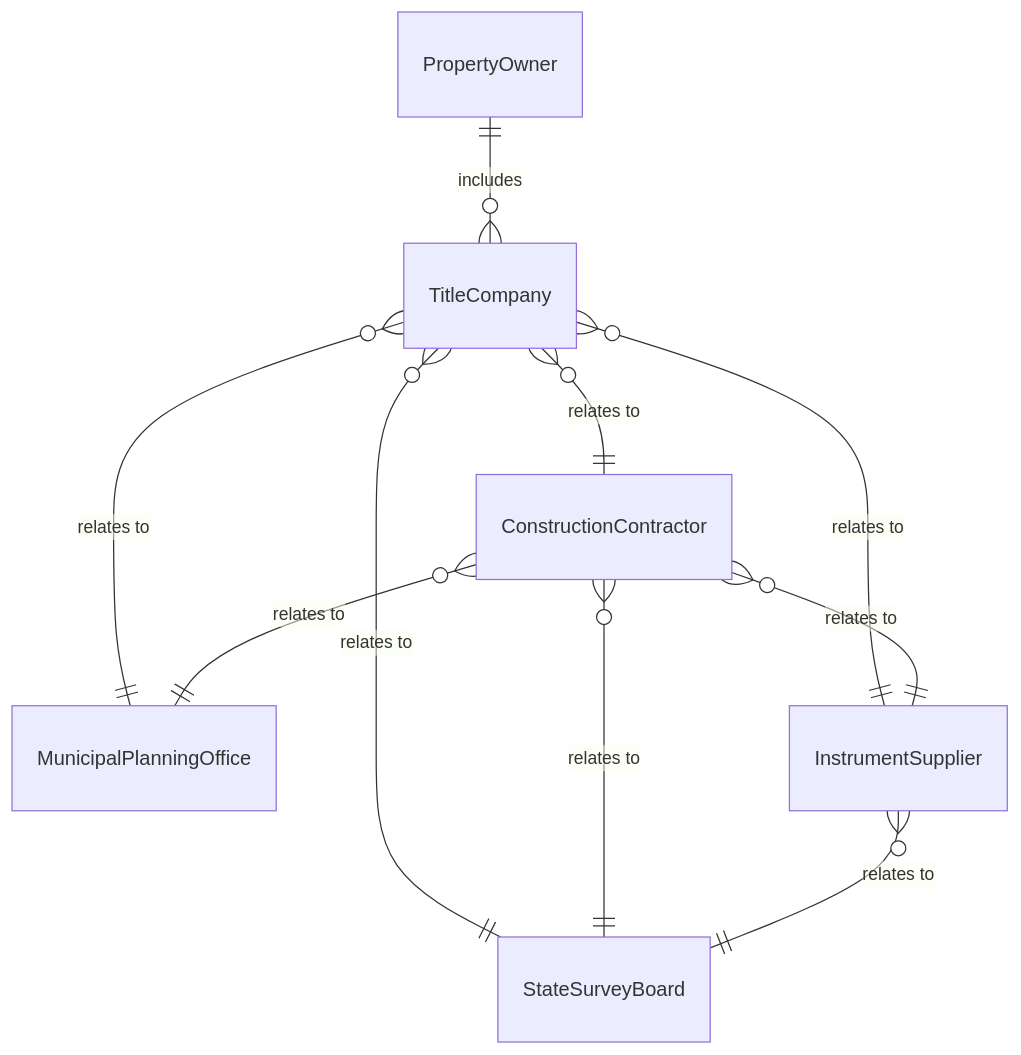
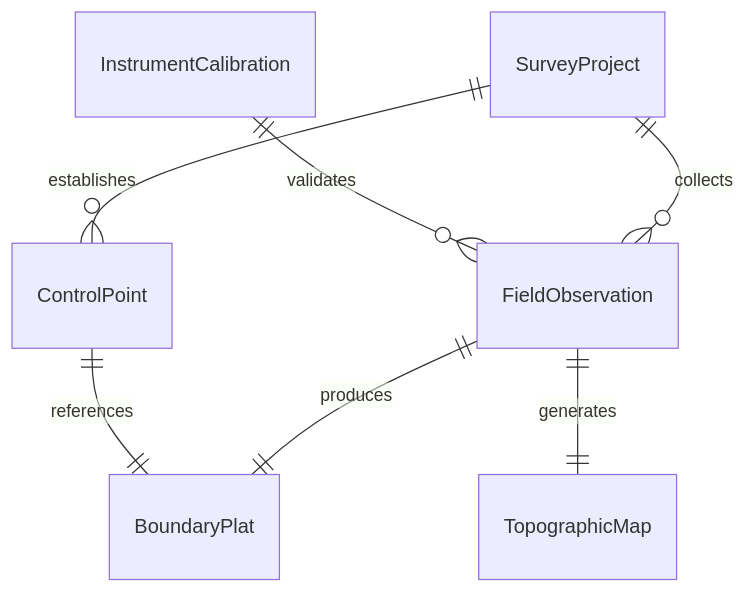
Before and after one commit to dot-org-ai/tasks.org.ai: the first of 4 diagrams in GuidingDirectingAndMotivatingSubordinates/DirectScientificOrTechnicalActivities/DirectSurveyingActivities.mdx, drawn with Mermaid. The commit also changed other lines of this file and 515 other files, not shown here.

````diff
--- a/GuidingDirectingAndMotivatingSubordinates/DirectScientificOrTechnicalActivities/DirectSurveyingActivities.mdx
+++ b/GuidingDirectingAndMotivatingSubordinates/DirectScientificOrTechnicalActivities/DirectSurveyingActivities.mdx
@@ -89,12 +89,9 @@
 ```mermaid
 erDiagram
-    PropertyOwner ||--o{ TitleCompany : includes
-    TitleCompany }o--|| ConstructionContractor : "relates to"
-    TitleCompany }o--|| MunicipalPlanningOffice : "relates to"
-    TitleCompany }o--|| InstrumentSupplier : "relates to"
-    TitleCompany }o--|| StateSurveyBoard : "relates to"
-    ConstructionContractor }o--|| MunicipalPlanningOffice : "relates to"
-    ConstructionContractor }o--|| InstrumentSupplier : "relates to"
-    ConstructionContractor }o--|| StateSurveyBoard : "relates to"
-    InstrumentSupplier }o--|| StateSurveyBoard : "relates to"
+    SurveyProject ||--o{ FieldObservation : "collects"
+    SurveyProject ||--o{ ControlPoint : "establishes"
+    FieldObservation ||--|| BoundaryPlat : "produces"
+    FieldObservation ||--|| TopographicMap : "generates"
+    InstrumentCalibration ||--o{ FieldObservation : "validates"
+    ControlPoint ||--|| BoundaryPlat : "references"
 ```
````
